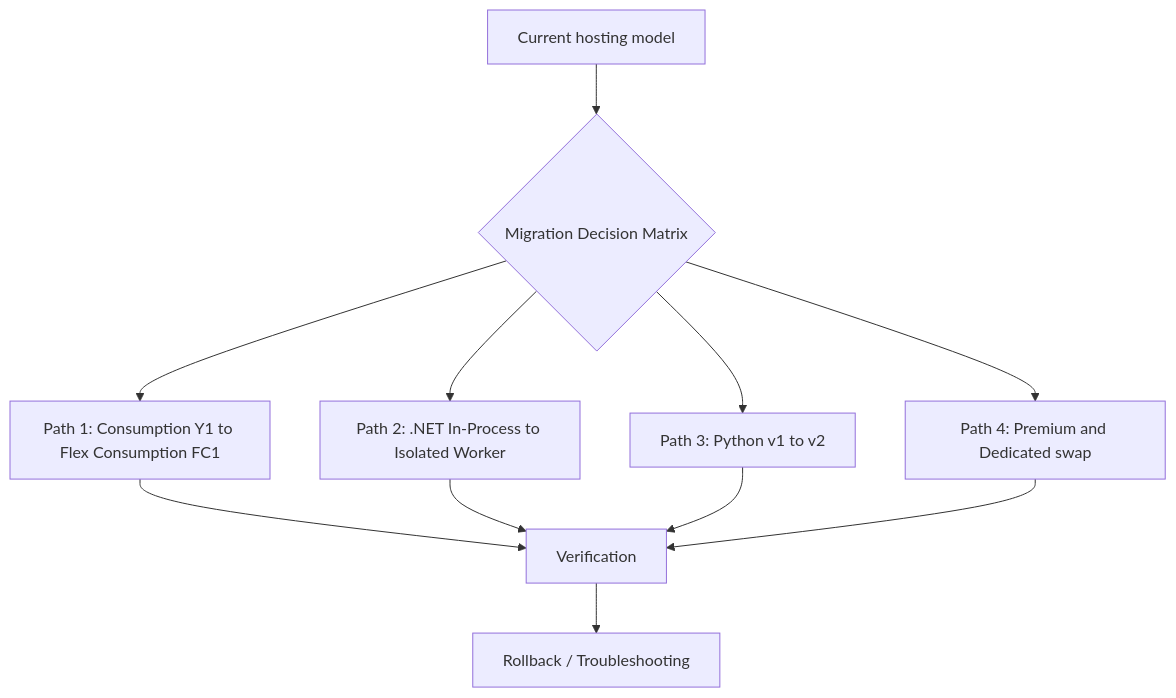
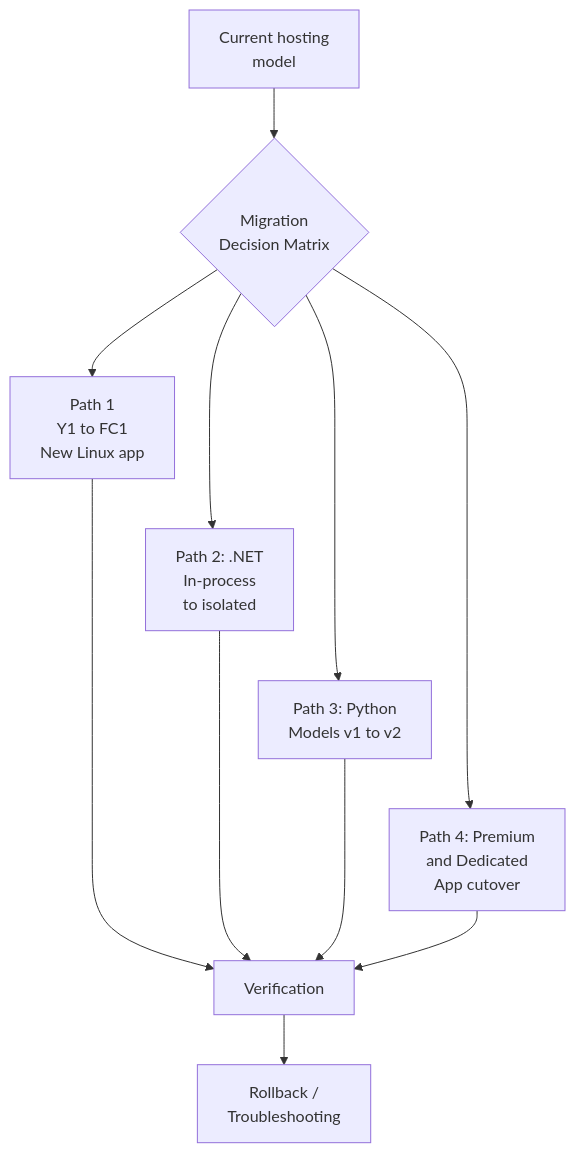
One commit to yeongseon/azure-functions-practical-guide changed the diagram in docs/operations/migration.md. Above: the diagram before and after it, drawn with Mermaid. The commit also changed other lines of this file and 1 other file, not shown here.

Commit message:
docs(diagrams): clarify the operations migration paths (#525)
* docs(diagrams): clarify and tier the operations migration paths

Preserve the four-path fan-out and verification convergence while qualifying plan and model scope.

Refs #346

* docs(diagrams): fit migration path labels to the mobile budget

Keep full path names in the adjacent key while wrapping the same graph more narrowly.

Refs #346

* docs(diagrams): refresh the owned migration path inventory

Record the measured and source-qualified migration path graph without unrelated inventory drift.

Refs #346

* docs(diagrams): route migration implementation details to language guides

Apply the independent review's three language-agnostic Operations prose
replacements while preserving the migration graph and validation metadata.

Refs #346

````diff
--- a/docs/operations/migration.md
+++ b/docs/operations/migration.md
@@ -48,13 +53,19 @@
 ```mermaid
 flowchart TD
-    S["Current hosting model"] --> M{"Migration Decision Matrix"}
-    M --> PA1["Path 1: Consumption Y1 to Flex Consumption FC1"]
-    M --> PA2["Path 2: .NET In-Process to Isolated Worker"]
-    M --> PA3["Path 3: Python v1 to v2"]
-    M --> PA4["Path 4: Premium and Dedicated swap"]
+    accTitle: Migration path reading map
+    accDescr: The current hosting model leads to this guide's Migration Decision Matrix and four alternative paths, each converging on verification and rollback or troubleshooting. These are not Yes or No branches; use the adjacent path key for hosting, language and runtime qualifications.
+    S["Current hosting<br/>model"] --> M{"Migration<br/>Decision Matrix"}
+    M --> PA1["Path 1<br/>Y1 to FC1<br/>New Linux app"]
+    M --> PA2["Path 2: .NET<br/>In-process<br/>to isolated"]
+    M --> PA3["Path 3: Python<br/>Models v1 to v2"]
+    M --> PA4["Path 4: Premium<br/>and Dedicated<br/>App cutover"]
+    %% Layout-only links tier alternatives; they add no migration steps or arrows.
+    PA1 ~~~ PA2
+    PA2 ~~~ PA3
+    PA3 ~~~ PA4
     PA1 --> V["Verification"]
     PA2 --> V
     PA3 --> V
     PA4 --> V
-    V --> RB["Rollback / Troubleshooting"]
+    V --> RB["Rollback /<br/>Troubleshooting"]
 ```
````
